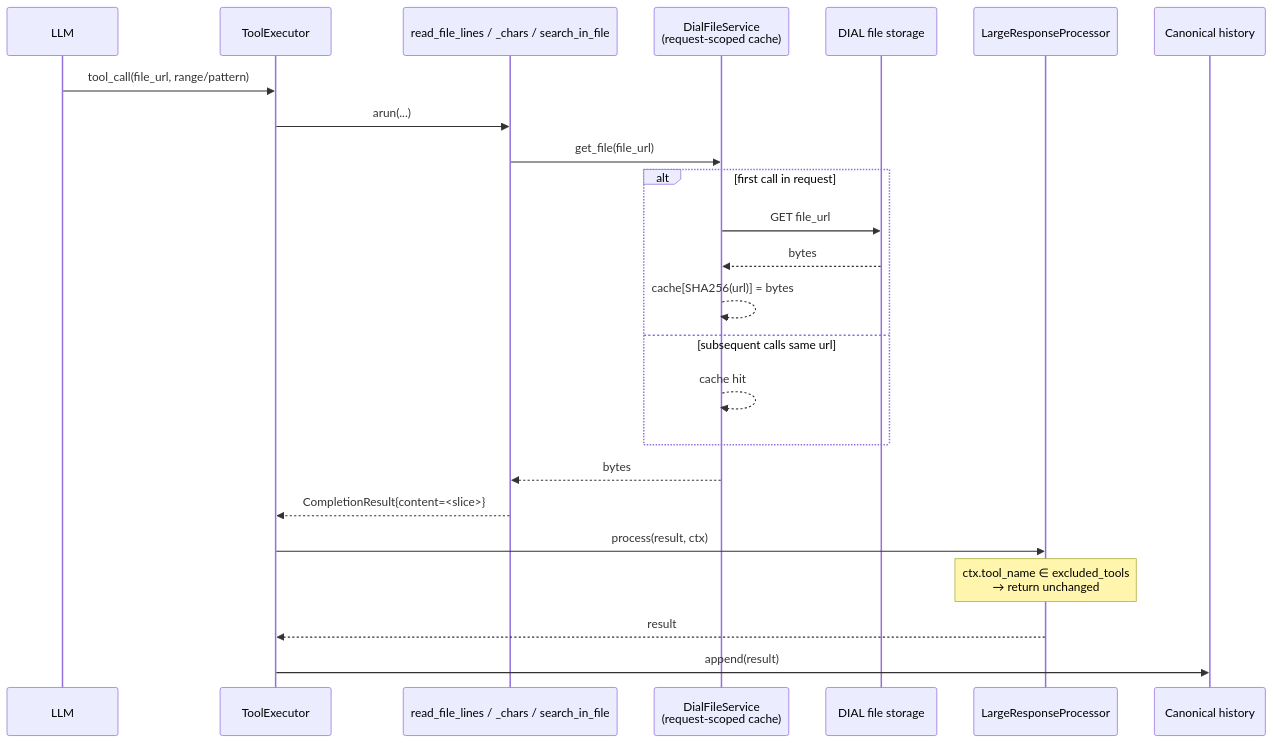
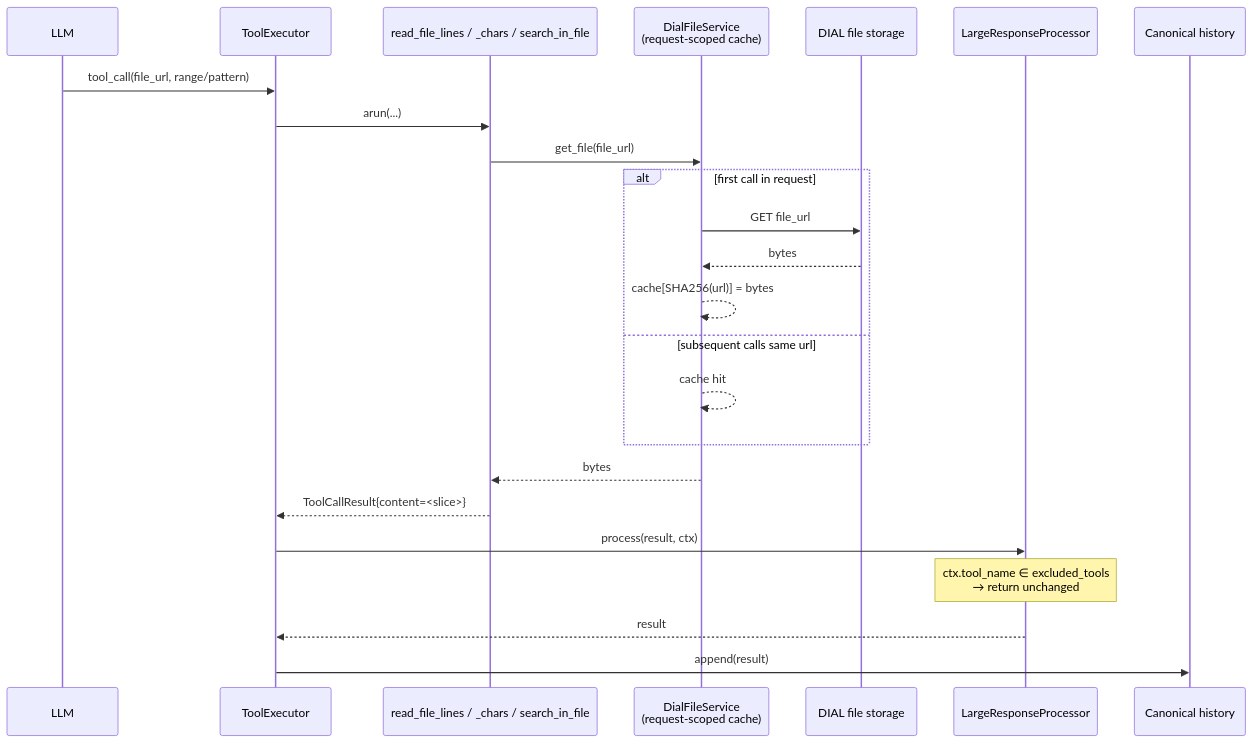
The fourth of 4 diagrams in docs/designs/large_tool_responses.md (epam/ai-dial-quickapps-backend), drawn with Mermaid before and after one commit. The commit also changed other lines of this file, not shown here.

First line of the commit message:
docs: update design for ToolCallResult rename and tool set decisions #64

````diff
--- a/docs/designs/large_tool_responses.md
+++ b/docs/designs/large_tool_responses.md
@@ -270,27 +269,27 @@
 ```mermaid
 sequenceDiagram
     participant LLM
     participant TE as ToolExecutor
     participant Tool as read_file_lines / _chars / search_in_file
     participant DFS as DialFileService<br/>(request-scoped cache)
     participant DIAL as DIAL file storage
     participant LRP as LargeResponseProcessor
     participant Hist as Canonical history
 
     LLM->>TE: tool_call(file_url, range/pattern)
     TE->>Tool: arun(...)
     Tool->>DFS: get_file(file_url)
     alt first call in request
         DFS->>DIAL: GET file_url
         DIAL-->>DFS: bytes
         DFS-->>DFS: cache[SHA256(url)] = bytes
     else subsequent calls same url
         DFS-->>DFS: cache hit
     end
     DFS-->>Tool: bytes
-    Tool-->>TE: CompletionResult{content=<slice>}
+    Tool-->>TE: ToolCallResult{content=<slice>}
     TE->>LRP: process(result, ctx)
     Note over LRP: ctx.tool_name ∈ excluded_tools<br/>→ return unchanged
     LRP-->>TE: result
     TE->>Hist: append(result)
 ```
````
